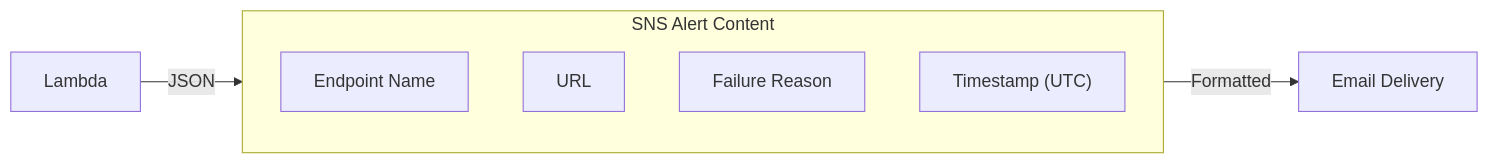
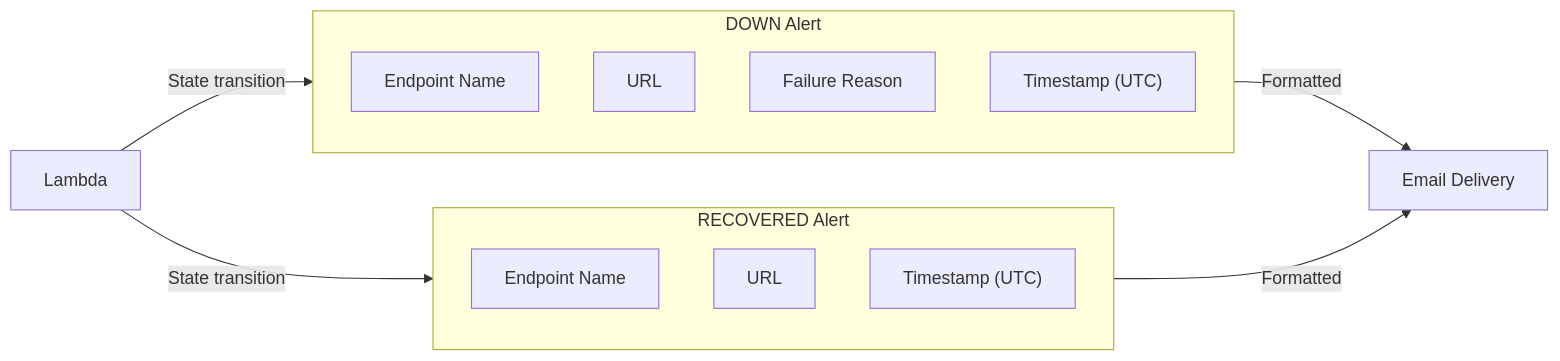
Before and after one commit to JonShort/cheap-uptime-monitor: the sixth of 6 diagrams in Architecture/diagram.md, drawn with Mermaid. The commit also changed other lines of this file and 11 other files, not shown here.

````diff
--- a/Architecture/diagram.md
+++ b/Architecture/diagram.md
@@ -188,13 +201,22 @@
 ```mermaid
 flowchart LR
-    subgraph Alert["SNS Alert Content"]
+    subgraph DownAlert["DOWN Alert"]
         direction TB
-        A1["Endpoint Name"]
-        A2["URL"]
-        A3["Failure Reason"]
-        A4["Timestamp (UTC)"]
+        D1["Endpoint Name"]
+        D2["URL"]
+        D3["Failure Reason"]
+        D4["Timestamp (UTC)"]
     end
 
-    Lambda -->|"JSON"| Alert
-    Alert -->|"Formatted"| Email[Email Delivery]
+    subgraph RecoveryAlert["RECOVERED Alert"]
+        direction TB
+        R1["Endpoint Name"]
+        R2["URL"]
+        R3["Timestamp (UTC)"]
+    end
+
+    Lambda -->|"State transition"| DownAlert
+    Lambda -->|"State transition"| RecoveryAlert
+    DownAlert -->|"Formatted"| Email[Email Delivery]
+    RecoveryAlert -->|"Formatted"| Email
 ```
````
